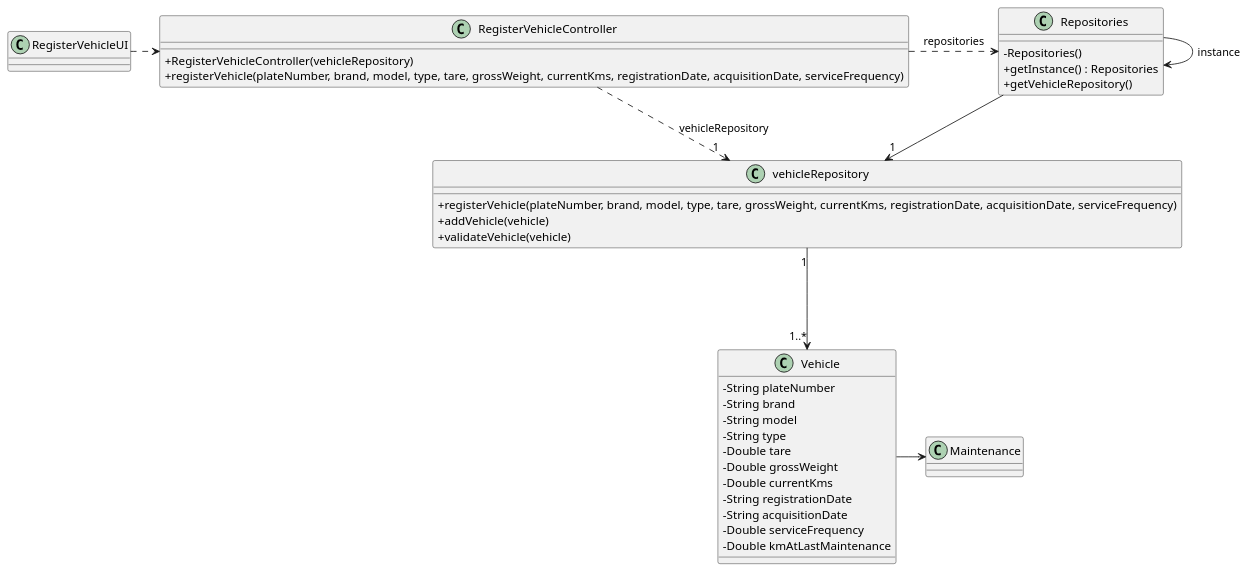
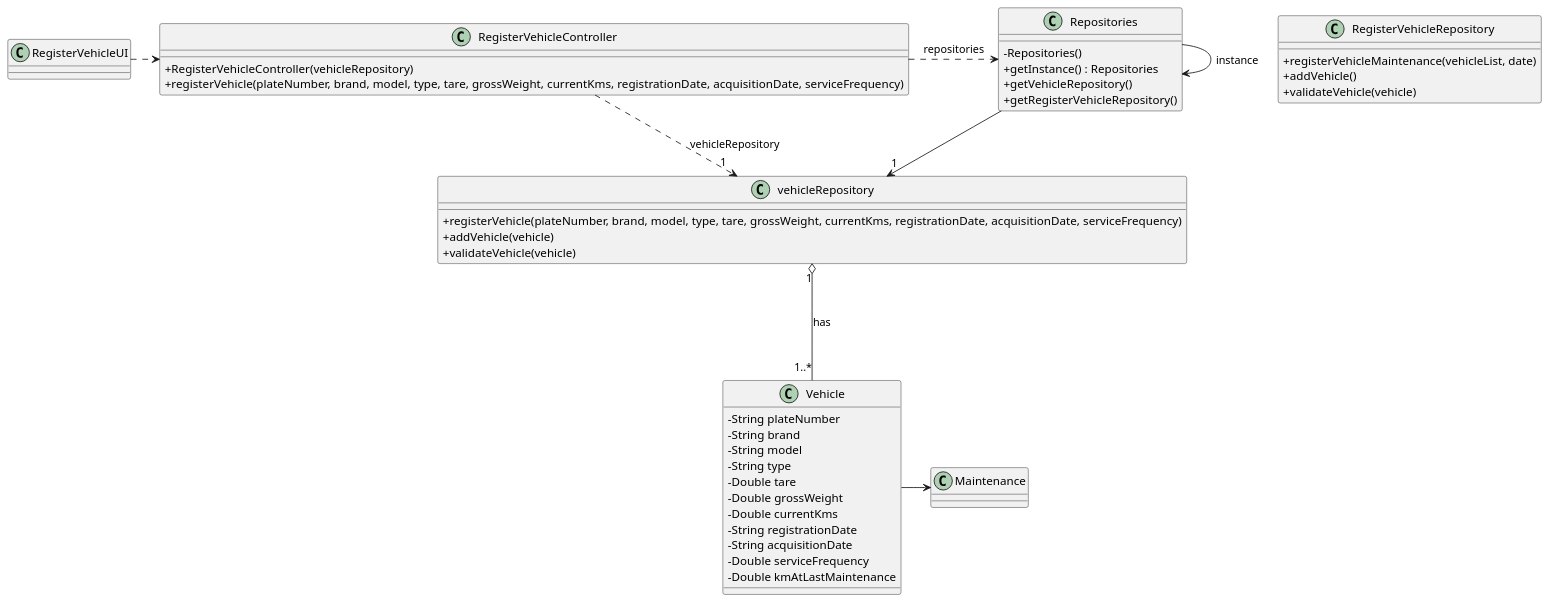
Before and after one commit to diogoveirospro/lei-24-s2-1dg-g072: the diagram in docs/sprintB/us007/03.design/puml/us007-class-diagram.puml, drawn with PlantUML. The commit also changed 1 other file, not shown here.

Commit message:
Made changes in the US006 class diagram and US007 design and calss diagram

```diff
--- a/docs/sprintB/us007/03.design/puml/us007-class-diagram.puml
+++ b/docs/sprintB/us007/03.design/puml/us007-class-diagram.puml
@@ -1,64 +1,71 @@
 @startuml
 'skinparam monochrome true
 skinparam packageStyle rectangle
 skinparam shadowing false
 skinparam linetype polyline
 'skinparam linetype orto
 
 skinparam classAttributeIconSize 0
 
 'left to right direction
 
 class Repositories {
     - Repositories()
     + getInstance() : Repositories
     + getVehicleRepository()
+    + getRegisterVehicleRepository()
 }
 
 class RegisterVehicleController {
     + RegisterVehicleController(vehicleRepository)
     + registerVehicle(plateNumber, brand, model, type, tare, grossWeight, currentKms, registrationDate, acquisitionDate, serviceFrequency)
+}
+
+class RegisterVehicleRepository{
+    + registerVehicleMaintenance(vehicleList, date)
+    + addVehicle()
+    + validateVehicle(vehicle)
 }
 
 class vehicleRepository{
     + registerVehicle(plateNumber, brand, model, type, tare, grossWeight, currentKms, registrationDate, acquisitionDate, serviceFrequency)
     + addVehicle(vehicle)
     + validateVehicle(vehicle)
 }
 
 class RegisterVehicleUI {
 }
 
 class Vehicle{
     - String plateNumber
     - String brand
     - String model
     - String type
     - Double tare
     - Double grossWeight
     - Double currentKms
     - String registrationDate
     - String acquisitionDate
     - Double serviceFrequency
     - Double kmAtLastMaintenance
 }
 
 class Maintenance{
 
 }
 
 Repositories -> Repositories : instance
 
 RegisterVehicleUI .> RegisterVehicleController
 RegisterVehicleController .> "1" vehicleRepository : vehicleRepository
 
 
 Repositories --> "1" vehicleRepository
 
 RegisterVehicleController .> Repositories : repositories
 
-vehicleRepository "1" ---> "1..*"Vehicle
+vehicleRepository "1" o--- "1..*"Vehicle : has
 
 Vehicle -> Maintenance
 
 @enduml
```
